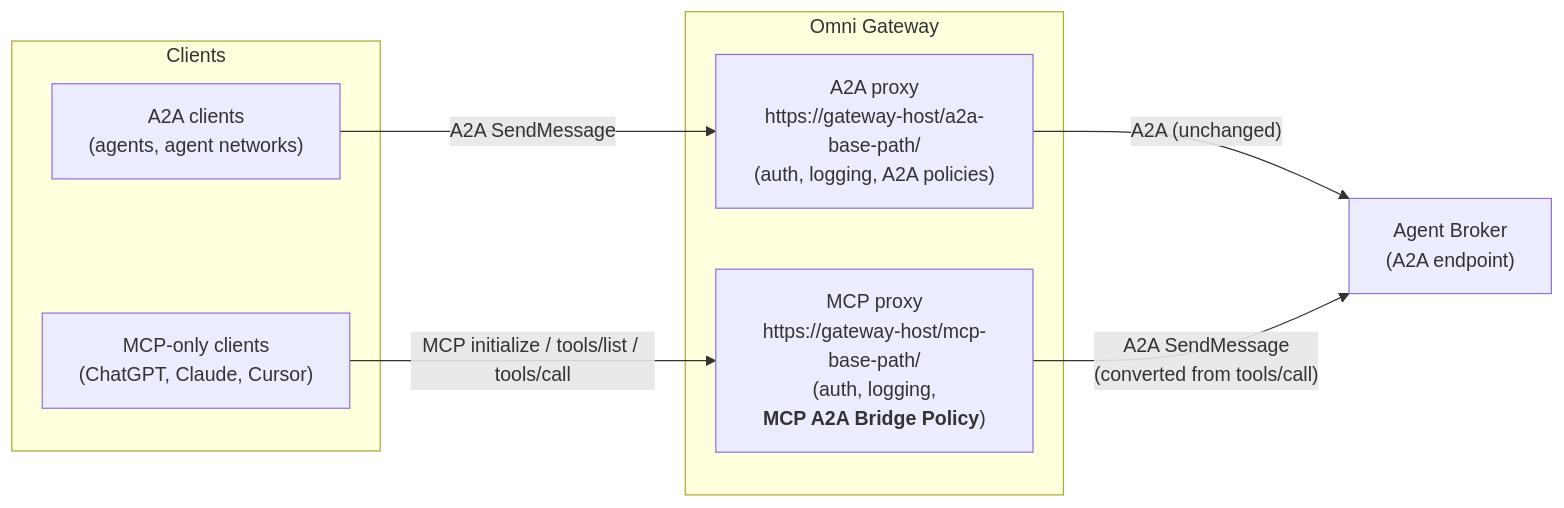
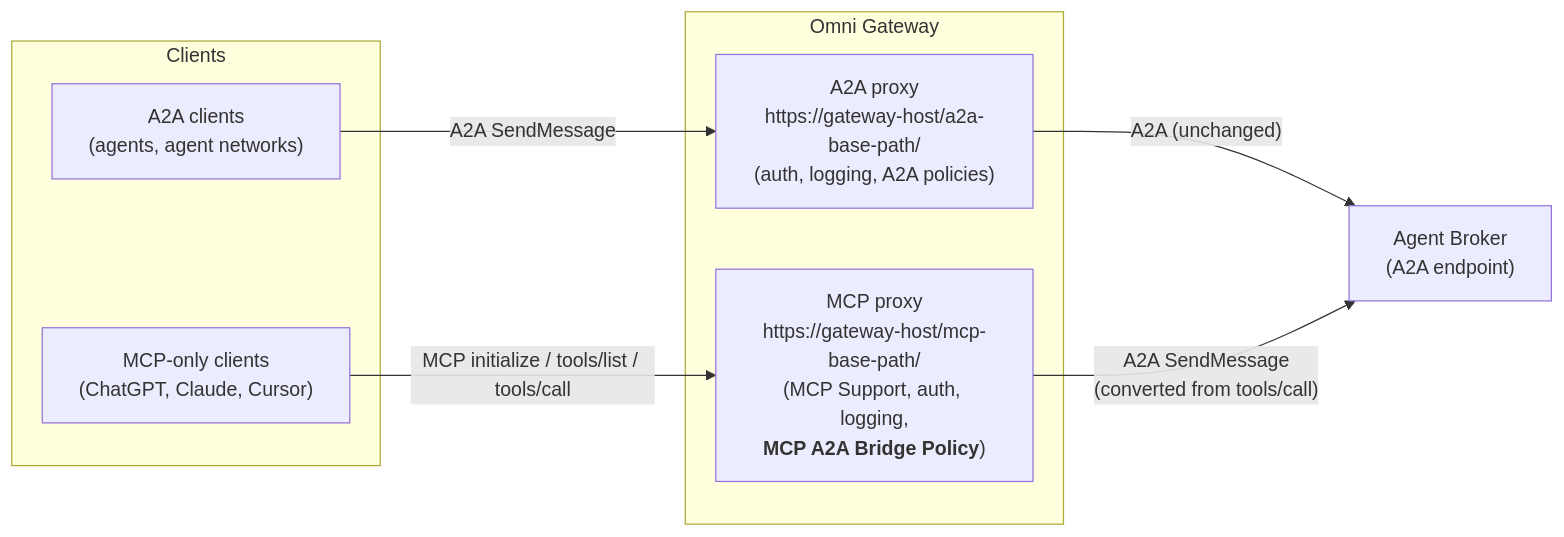
Before and after one commit to harishsubramanian2577/mcp-a2a-bridge-policy: the first of 2 diagrams in docs/MCP-A2A-Bridge-Policy.md, drawn with Mermaid. The commit also changed other lines of this file and 20 other files, not shown here.

````diff
--- a/docs/MCP-A2A-Bridge-Policy.md
+++ b/docs/MCP-A2A-Bridge-Policy.md
@@ -47,19 +80,19 @@
 ```mermaid
 flowchart LR
     subgraph Clients
         A2AC["A2A clients<br/>(agents, agent networks)"]
         MCPC["MCP-only clients<br/>(ChatGPT, Claude, Cursor)"]
     end
 
     subgraph GW["Omni Gateway"]
         A2AP["A2A proxy<br/>https://gateway-host/a2a-base-path/<br/>(auth, logging, A2A policies)"]
-        MCPP["MCP proxy<br/>https://gateway-host/mcp-base-path/<br/>(auth, logging,<br/><b>MCP A2A Bridge Policy</b>)"]
+        MCPP["MCP proxy<br/>https://gateway-host/mcp-base-path/<br/>(MCP Support, auth, logging,<br/><b>MCP A2A Bridge Policy</b>)"]
     end
 
     BROKER["Agent Broker<br/>(A2A endpoint)"]
 
     A2AC -- "A2A SendMessage" --> A2AP
     MCPC -- "MCP initialize / tools/list / tools/call" --> MCPP
     A2AP -- "A2A (unchanged)" --> BROKER
     MCPP -- "A2A SendMessage<br/>(converted from tools/call)" --> BROKER
 ```
````
